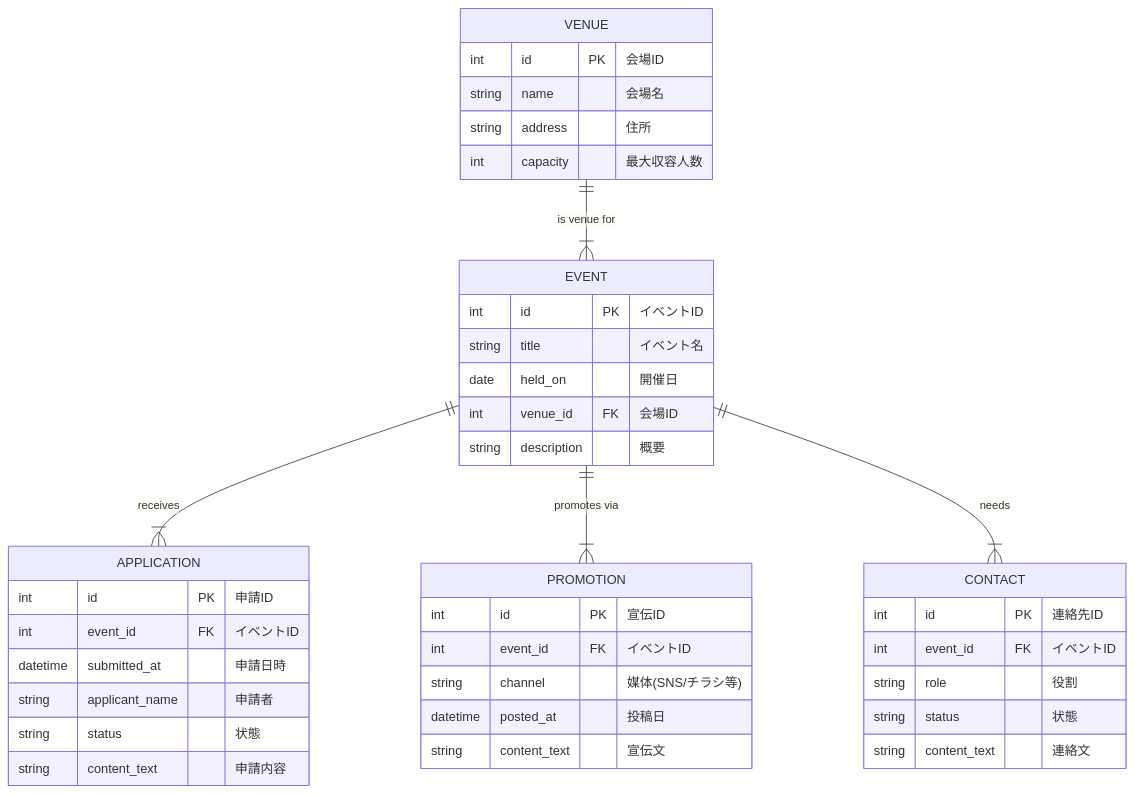
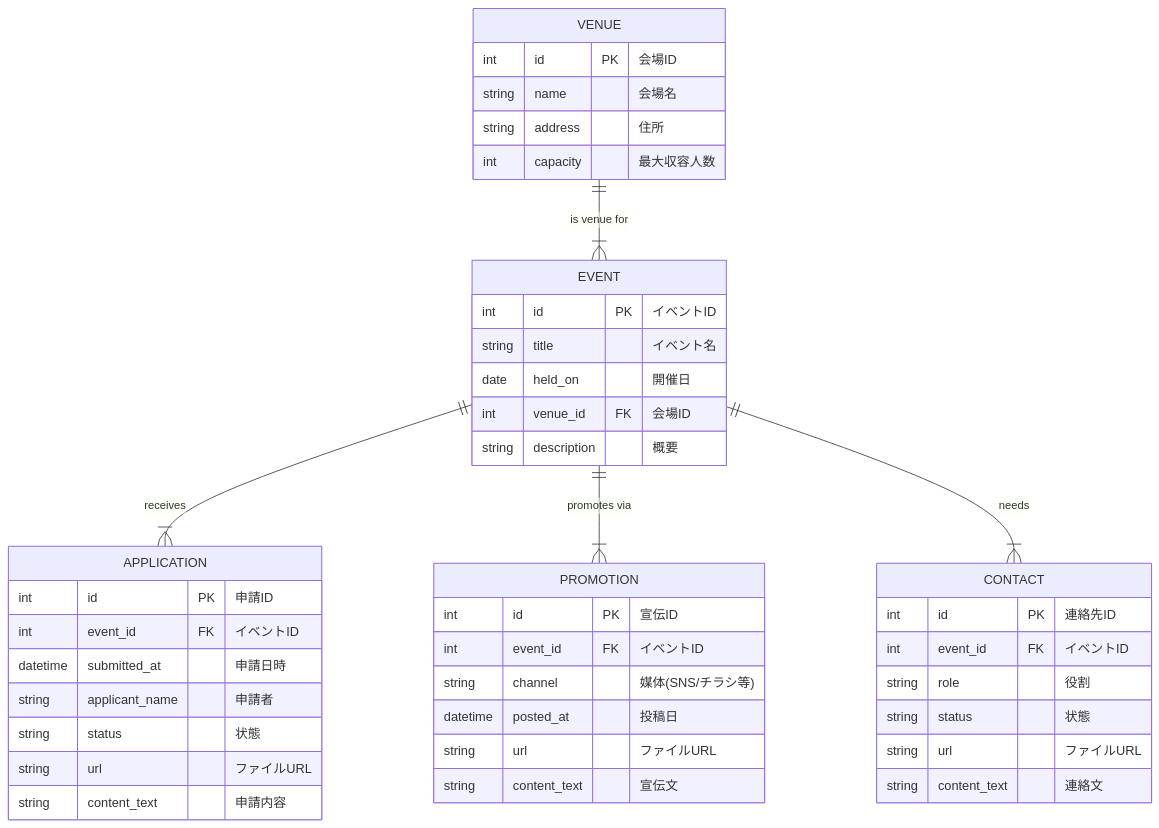
Before and after one commit to MineyamaHiyori/EventManager: the diagram in high-level-design.md, drawn with Mermaid. The commit also changed other lines of this file, not shown here.

````diff
--- a/high-level-design.md
+++ b/high-level-design.md
@@ -203,47 +231,50 @@
 ```mermaid
 erDiagram
   VENUE {
     int id PK "会場ID"
     string name "会場名"
     string address "住所"
     int capacity "最大収容人数"
   }
 
   EVENT {
     int id PK "イベントID"
     string title "イベント名"
     date held_on "開催日"
     int venue_id FK "会場ID"
     string description "概要"
   }
 
   APPLICATION {
     int id PK "申請ID"
     int event_id FK "イベントID"
     datetime submitted_at "申請日時"
     string applicant_name "申請者"
     string status "状態"
+    string url "ファイルURL"
     string content_text "申請内容"
   }
 
   PROMOTION {
     int id PK "宣伝ID"
     int event_id FK "イベントID"
     string channel "媒体(SNS/チラシ等)"
     datetime posted_at "投稿日"
+    string url "ファイルURL"
     string content_text "宣伝文"
   }
 
   CONTACT {
     int id PK "連絡先ID"
     int event_id FK "イベントID"
     string role "役割"
     string status "状態"
+    string url "ファイルURL"
     string content_text "連絡文"
   }
 
   VENUE        ||--|{ EVENT      : "is venue for"
   EVENT        ||--|{ APPLICATION : receives
   EVENT        ||--|{ PROMOTION   : "promotes via"
   EVENT        ||--|{ CONTACT     : needs
 ```
````
